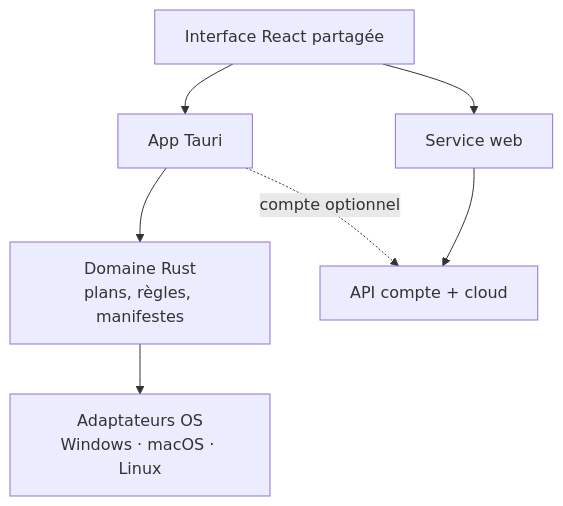
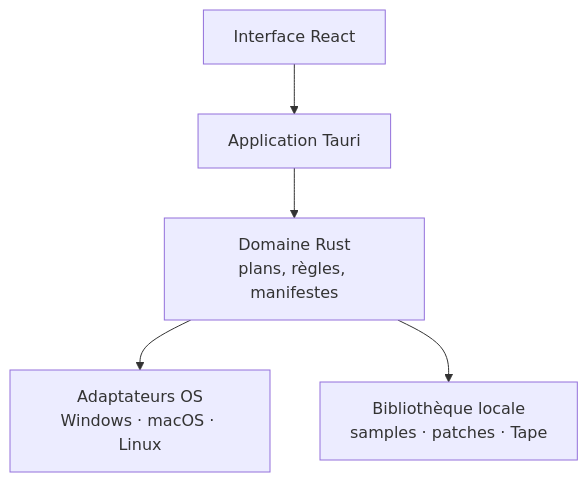
One commit to propann/Engineering-Studio changed the first of 2 diagrams in docs/ARCHITECTURE.md. Above: the diagram before and after it, drawn with Mermaid. The commit also changed other lines of this file and 38 other files, not shown here.

````diff
--- a/docs/ARCHITECTURE.md
+++ b/docs/ARCHITECTURE.md
@@ -16,12 +13,10 @@
 ```mermaid
 flowchart TB
-    VIEW["Interface React partagée"]
-    APP["App Tauri"]
-    WEB["Service web"]
+    VIEW["Interface React"]
+    APP["Application Tauri"]
     DOMAIN["Domaine Rust\nplans, règles, manifestes"]
     OS["Adaptateurs OS\nWindows · macOS · Linux"]
-    CLOUD["API compte + cloud"]
+    LIB["Bibliothèque locale\nsamples · patches · Tape"]
     VIEW --> APP --> DOMAIN --> OS
-    VIEW --> WEB --> CLOUD
-    APP -. compte optionnel .-> CLOUD
+    DOMAIN --> LIB
 ```
````
